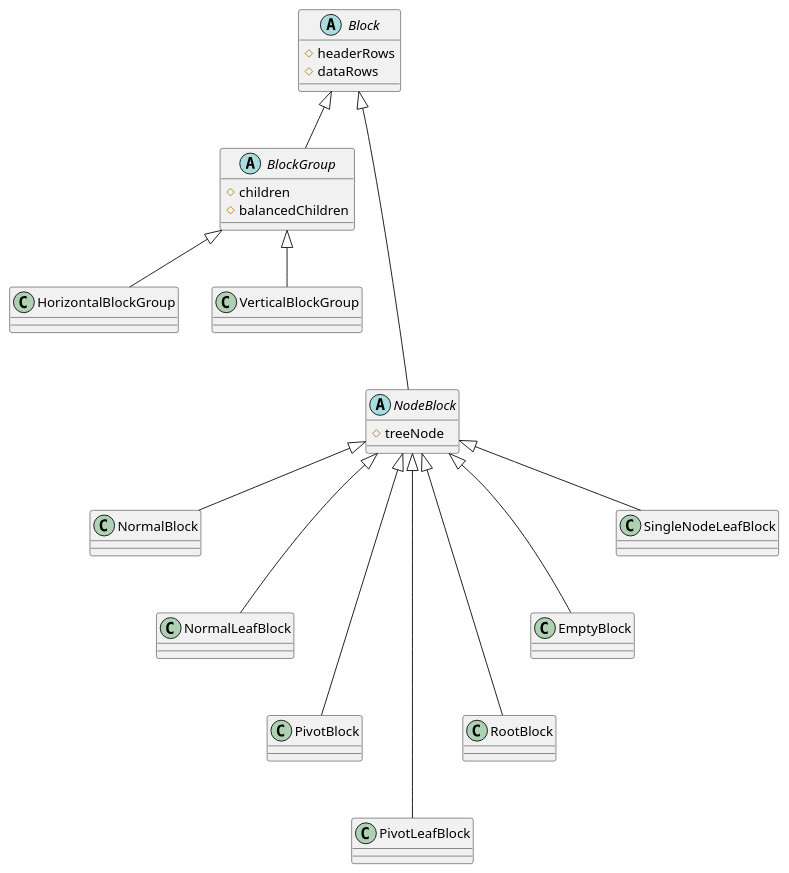
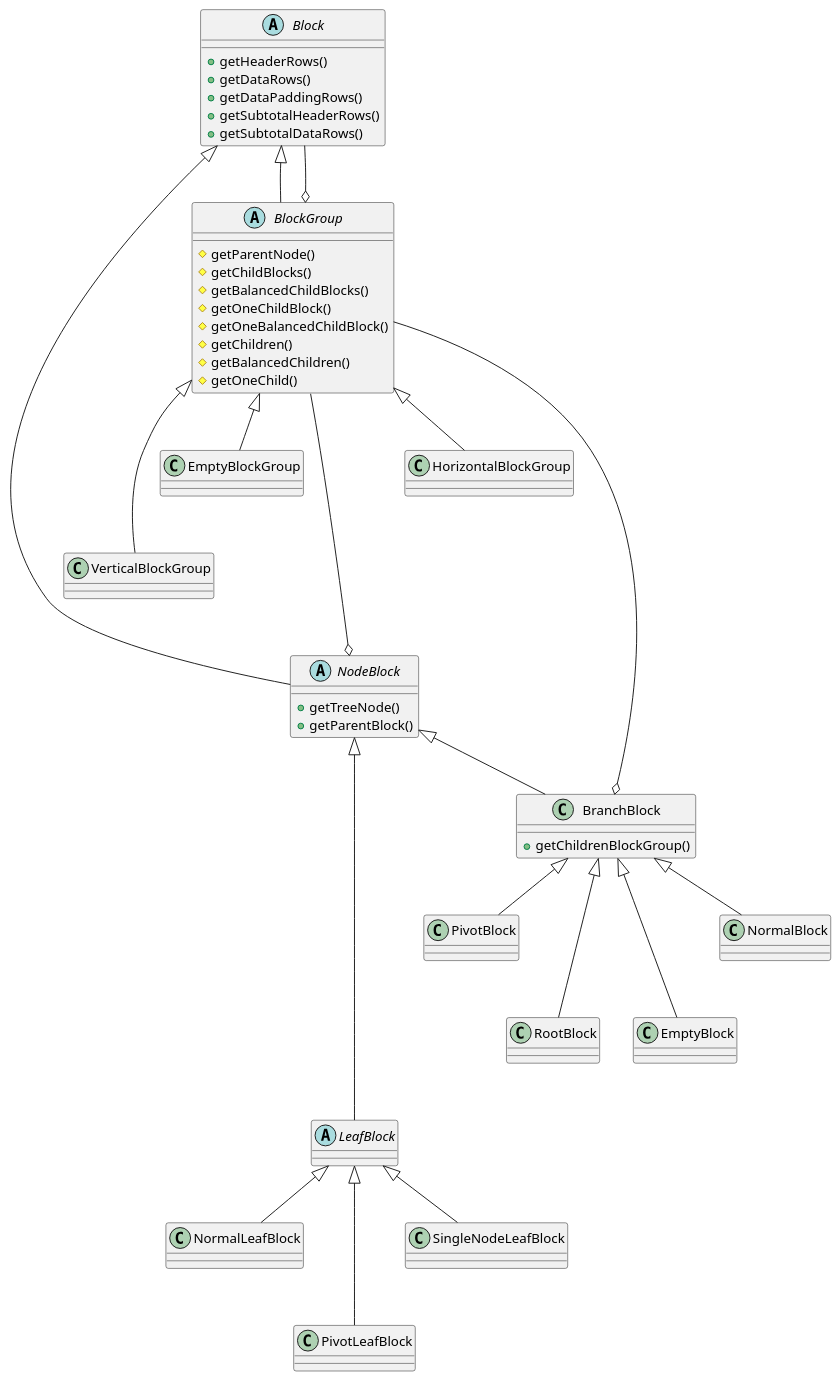
Before and after one commit to rekalogika/rekalogika-docs: the diagram in docs/pivot-table/diagrams/pivot-table.puml, drawn with PlantUML. The commit also changed 9 other files, not shown here.

```diff
--- a/docs/pivot-table/diagrams/pivot-table.puml
+++ b/docs/pivot-table/diagrams/pivot-table.puml
@@ -1,66 +1,96 @@
 @startuml pivot-table
 
 abstract Block {
-    #headerRows
-    #dataRows
+    +getHeaderRows()
+    +getDataRows()
+    +getDataPaddingRows()
+    +getSubtotalHeaderRows()
+    +getSubtotalDataRows()
 }
 
 abstract BlockGroup {
-    #children
-    #balancedChildren
+    #getParentNode()
+    #getChildBlocks()
+    #getBalancedChildBlocks()
+    #getOneChildBlock()
+    #getOneBalancedChildBlock()
+    #getChildren()
+    #getBalancedChildren()
+    #getOneChild()
 }
 
 Block <|-- BlockGroup
+Block --o BlockGroup
 
 class HorizontalBlockGroup {
 }
 
 BlockGroup <|-- HorizontalBlockGroup
 
 class VerticalBlockGroup {
 }
 
-BlockGroup <|-- VerticalBlockGroup
+BlockGroup <|--- VerticalBlockGroup
+
+class EmptyBlockGroup {
+}
+
+BlockGroup <|-- EmptyBlockGroup
 
 abstract NodeBlock {
-    #treeNode
+    +getTreeNode()
+    +getParentBlock()
 }
 
-Block <|---- NodeBlock
+BlockGroup --o NodeBlock
+
+abstract LeafBlock {
+}
+
+NodeBlock <|----- LeafBlock
+
+class BranchBlock {
+    +getChildrenBlockGroup()
+}
+
+NodeBlock <|-- BranchBlock
+BlockGroup --o BranchBlock
+
+Block <|----- NodeBlock
 
 class NormalBlock {
 }
 
-NodeBlock <|-- NormalBlock
+BranchBlock <|-- NormalBlock
 
 class NormalLeafBlock {
 }
 
-NodeBlock <|--- NormalLeafBlock
+LeafBlock <|-- NormalLeafBlock
 
 class PivotBlock {
 }
 
-NodeBlock <|---- PivotBlock
+BranchBlock <|-- PivotBlock
 
 class PivotLeafBlock {
 }
 
-NodeBlock <|----- PivotLeafBlock
+LeafBlock <|--- PivotLeafBlock
 
 class RootBlock {
 }
 
-NodeBlock <|---- RootBlock
+BranchBlock <|--- RootBlock
 
 class EmptyBlock {
 }
 
-NodeBlock <|--- EmptyBlock
+BranchBlock <|--- EmptyBlock
 
 class SingleNodeLeafBlock {
 }
 
-NodeBlock <|-- SingleNodeLeafBlock
+LeafBlock <|-- SingleNodeLeafBlock
 
 @enduml
```
